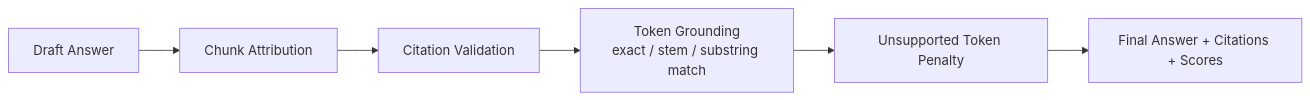
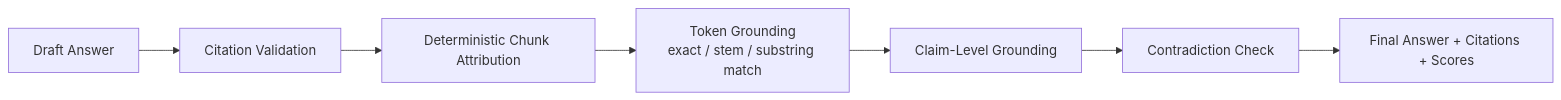
Before and after one commit to Vishwath-Narayana/multimodal-study-assistant: the fifth of 7 diagrams in docs/architecture/system-architecture.md, drawn with Mermaid. The commit also changed other lines of this file and 8 other files, not shown here.

````diff
--- a/docs/architecture/system-architecture.md
+++ b/docs/architecture/system-architecture.md
@@ -103,8 +117,9 @@
 ```mermaid
 flowchart LR
-    Answer[Draft Answer] --> Attr[Chunk Attribution]
-    Attr --> CiteVal[Citation Validation]
-    CiteVal --> Ground[Token Grounding<br/>exact / stem / substring match]
-    Ground --> Penalty[Unsupported Token Penalty]
-    Penalty --> Final[Final Answer + Citations + Scores]
+    Answer[Draft Answer] --> CiteVal[Citation Validation]
+    CiteVal --> Attr[Deterministic Chunk Attribution]
+    Attr --> Ground[Token Grounding<br/>exact / stem / substring match]
+    Ground --> Claims[Claim-Level Grounding]
+    Claims --> Contra[Contradiction Check]
+    Contra --> Final[Final Answer + Citations + Scores]
 ```
````
